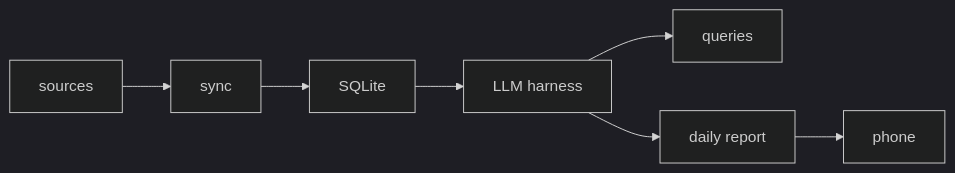
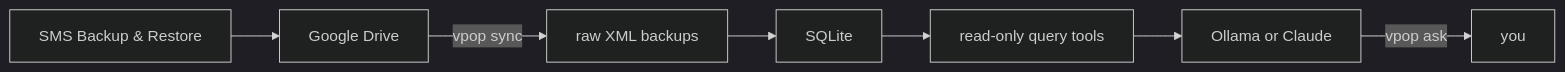
The diagram in README.md (marcushadeed/vPop), drawn with Mermaid (dark theme) before and after one commit. The commit also changed other lines of this file and 2 other files, not shown here.

````diff
--- a/README.md
+++ b/README.md
@@ -32,17 +26,9 @@
 ```mermaid
 graph LR
-    sources["sources"]
-    sync["sync"]
-    sqlite["SQLite"]
-    llm["LLM harness"]
-    queries["queries"]
-    daily["daily report"]
-    phone["phone"]
-    
-    sources --> sync
-    sync --> sqlite
-    sqlite --> llm
-    llm --> queries
-    llm --> daily
-    daily --> phone
+    backup["SMS Backup & Restore"] --> drive["Google Drive"]
+    drive -->|vpop sync| raw["raw XML backups"]
+    raw --> sqlite["SQLite"]
+    sqlite --> tools["read-only query tools"]
+    tools --> llm["Ollama or Claude"]
+    llm -->|vpop ask| you["you"]
 ```
````
